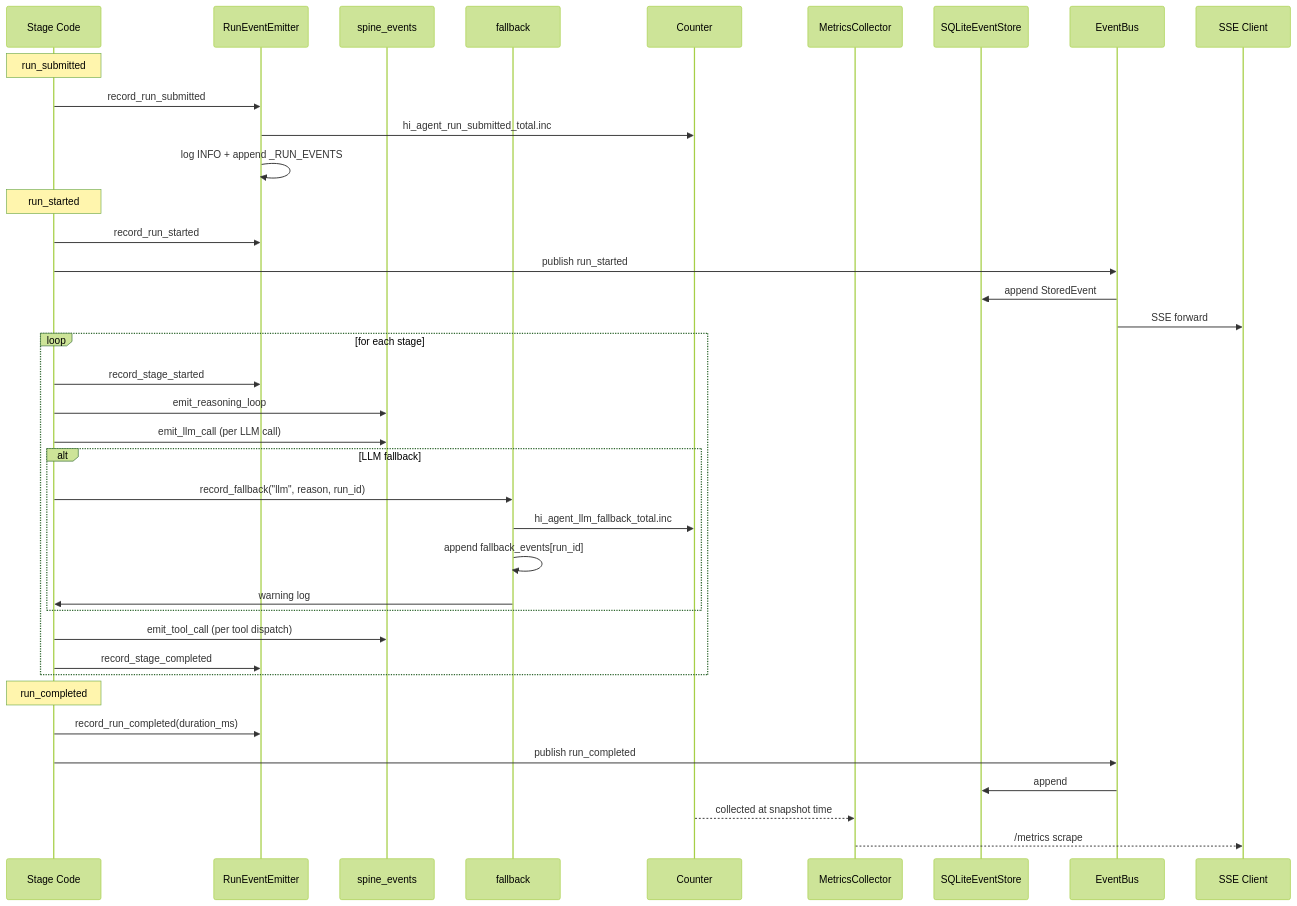
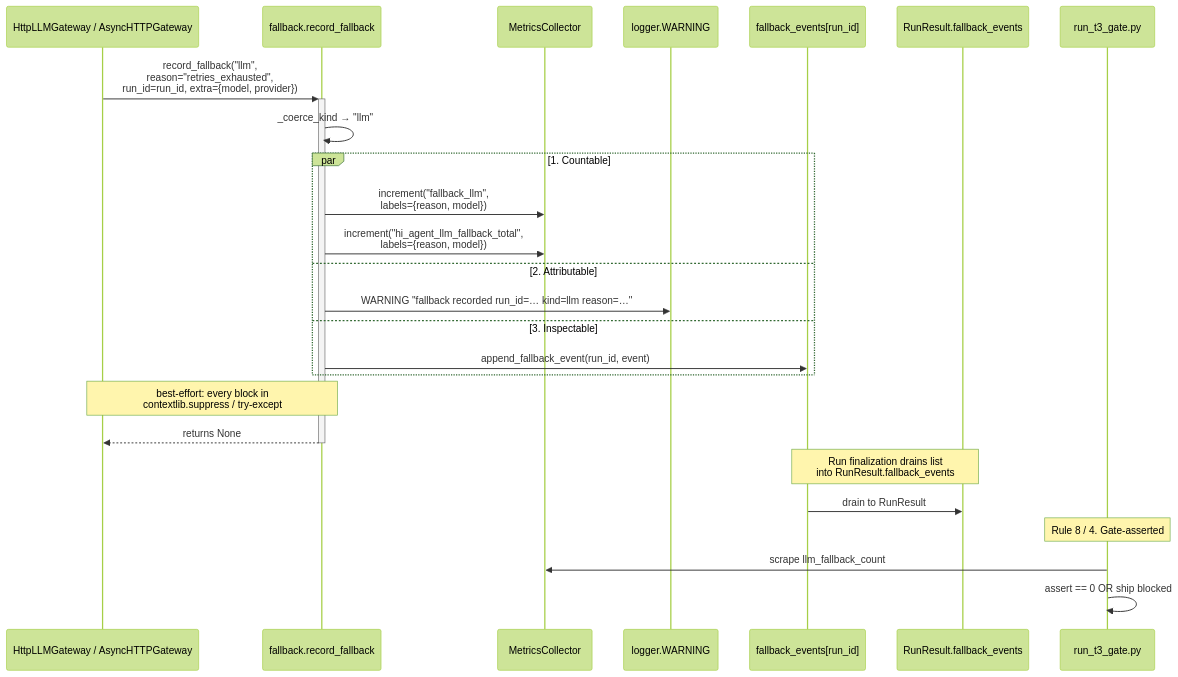
One commit to chaosxingxc-orion/hi-agent changed the third of 4 diagrams in hi_agent/observability/ARCHITECTURE.md. Above: the diagram before and after it, drawn with Mermaid (forest theme). The commit also changed other lines of this file and 25 other files, not shown here.

First line of the commit message:
[W35-corrective] Refresh ARCHITECTURE.md hierarchy + add missing READMEs

````diff
--- a/hi_agent/observability/ARCHITECTURE.md
+++ b/hi_agent/observability/ARCHITECTURE.md
@@ -124,44 +204,33 @@
 ```mermaid
 sequenceDiagram
-    participant Stage as Stage Code
-    participant Emitter as RunEventEmitter
-    participant Spine as spine_events
-    participant Fallback as fallback
-    participant Counter as Counter
+    participant Gateway as HttpLLMGateway / AsyncHTTPGateway
+    participant FB as fallback.record_fallback
     participant MC as MetricsCollector
-    participant ES as SQLiteEventStore
-    participant Bus as EventBus
-    participant Client as SSE Client
+    participant Log as logger.WARNING
+    participant Run as fallback_events[run_id]
+    participant Result as RunResult.fallback_events
+    participant Gate as run_t3_gate.py
 
-    Note over Stage: run_submitted
-    Stage->>Emitter: record_run_submitted
-    Emitter->>Counter: hi_agent_run_submitted_total.inc
-    Emitter->>Emitter: log INFO + append _RUN_EVENTS
+    Gateway->>+FB: record_fallback("llm",<br/>reason="retries_exhausted",<br/>run_id=run_id, extra={model, provider})
 
-    Note over Stage: run_started
-    Stage->>Emitter: record_run_started
-    Stage->>Bus: publish run_started
-    Bus->>ES: append StoredEvent
-    Bus->>Client: SSE forward
+    FB->>FB: _coerce_kind → "llm"
 
-    loop for each stage
-        Stage->>Emitter: record_stage_started
-        Stage->>Spine: emit_reasoning_loop
-        Stage->>Spine: emit_llm_call (per LLM call)
-        alt LLM fallback
-            Stage->>Fallback: record_fallback("llm", reason, run_id)
-            Fallback->>Counter: hi_agent_llm_fallback_total.inc
-            Fallback->>Fallback: append fallback_events[run_id]
-            Fallback->>Stage: warning log
-        end
-        Stage->>Spine: emit_tool_call (per tool dispatch)
-        Stage->>Emitter: record_stage_completed
+    par 1. Countable
+        FB->>MC: increment("fallback_llm",<br/>labels={reason, model})
+        FB->>MC: increment("hi_agent_llm_fallback_total",<br/>labels={reason, model})
+    and 2. Attributable
+        FB->>Log: WARNING "fallback recorded run_id=… kind=llm reason=…"
+    and 3. Inspectable
+        FB->>Run: append_fallback_event(run_id, event)
     end
 
-    Note over Stage: run_completed
-    Stage->>Emitter: record_run_completed(duration_ms)
-    Stage->>Bus: publish run_completed
-    Bus->>ES: append
-    Counter-->>MC: collected at snapshot time
-    MC-->>Client: /metrics scrape
+    Note over Gateway,FB: best-effort: every block in<br/>contextlib.suppress / try-except
+    FB-->>-Gateway: returns None
+
+    Note over Run,Result: Run finalization drains list<br/>into RunResult.fallback_events
+    Run->>Result: drain to RunResult
+
+    Note over Gate: Rule 8 / 4. Gate-asserted
+    Gate->>MC: scrape llm_fallback_count
+    Gate->>Gate: assert == 0 OR ship blocked
 ```
````
